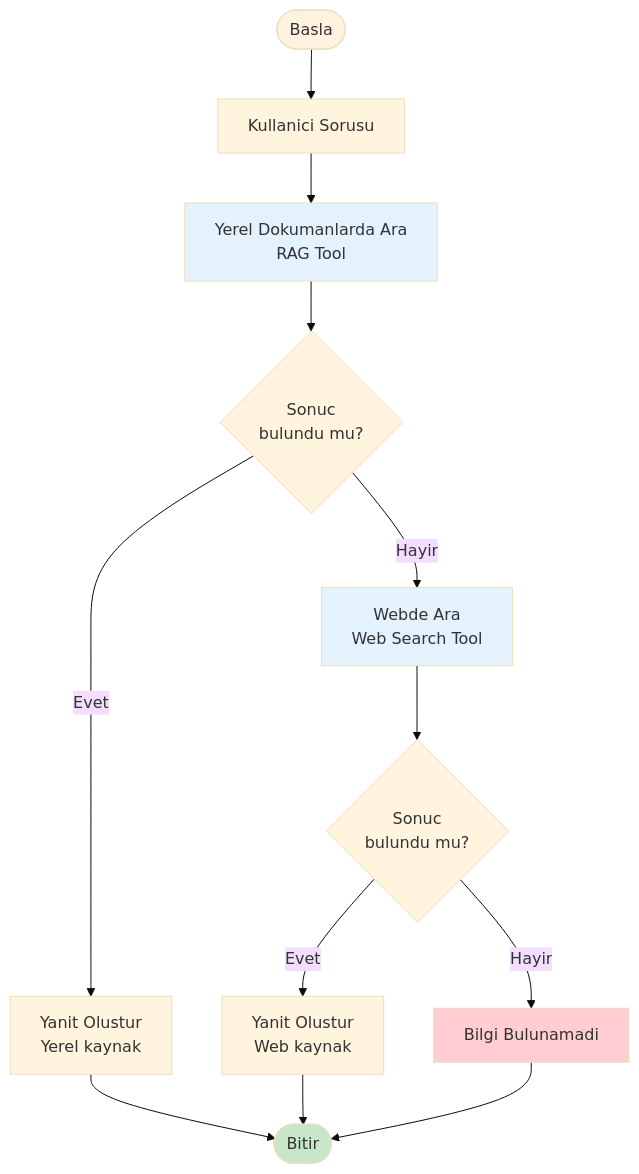
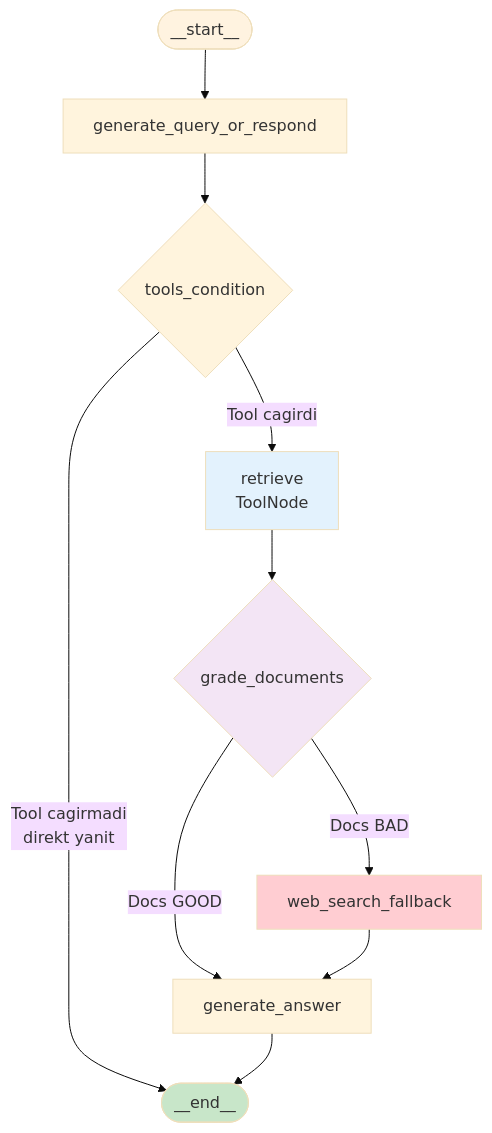
The tenth of 10 diagrams in part4/01_TR_Agent_Tabanli_Sistemler_ve_LangGraph_Mimarisi.md (serdarildercaglar/langchain-langgraph-llm-uygulamalari), drawn with Mermaid (base theme) before and after one commit. The commit also changed other lines of this file, not shown here.

````diff
--- a/part4/01_TR_Agent_Tabanli_Sistemler_ve_LangGraph_Mimarisi.md
+++ b/part4/01_TR_Agent_Tabanli_Sistemler_ve_LangGraph_Mimarisi.md
@@ -1005,26 +1049,24 @@
 ```mermaid
 graph TD
-    START([Basla]) --> INPUT[Kullanici Sorusu]
+    START([__start__]) --> DECIDE[generate_query_or_respond]
 
-    INPUT --> RAG[Yerel Dokumanlarda Ara<br>RAG Tool]
+    DECIDE --> TOOLS_CHECK{tools_condition}
 
-    RAG --> CHECK1{Sonuc<br>bulundu mu?}
+    TOOLS_CHECK -->|Tool cagirdi| RETRIEVE[retrieve<br>ToolNode]
+    TOOLS_CHECK -->|Tool cagirmadi<br>direkt yanit| END([__end__])
 
-    CHECK1 -->|Evet| GENERATE1[Yanit Olustur<br>Yerel kaynak]
-    CHECK1 -->|Hayir| WEB[Webde Ara<br>Web Search Tool]
+    RETRIEVE --> GRADE{grade_documents}
 
-    WEB --> CHECK2{Sonuc<br>bulundu mu?}
+    GRADE -->|Docs GOOD| GENERATE[generate_answer]
+    GRADE -->|Docs BAD| FALLBACK[web_search_fallback]
 
-    CHECK2 -->|Evet| GENERATE2[Yanit Olustur<br>Web kaynak]
-    CHECK2 -->|Hayir| NOTFOUND[Bilgi Bulunamadi]
+    FALLBACK --> GENERATE
 
-    GENERATE1 --> END([Bitir])
-    GENERATE2 --> END
-    NOTFOUND --> END
+    GENERATE --> END
 
     style START fill:#fff3e0
     style END fill:#c8e6c9
-    style NOTFOUND fill:#ffcdd2
-    style RAG fill:#e3f2fd
-    style WEB fill:#e3f2fd
+    style RETRIEVE fill:#e3f2fd
+    style FALLBACK fill:#ffcdd2
+    style GRADE fill:#f3e5f5
 ```
````
